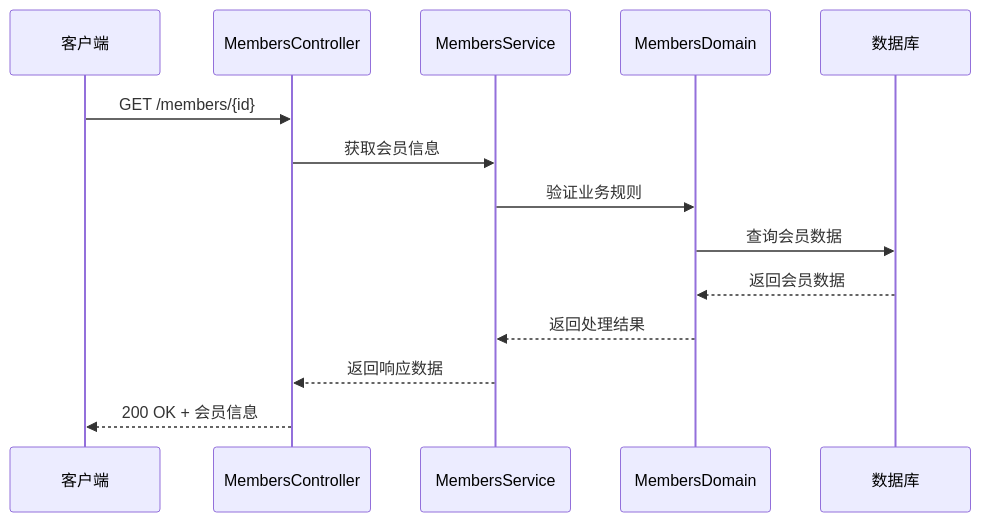
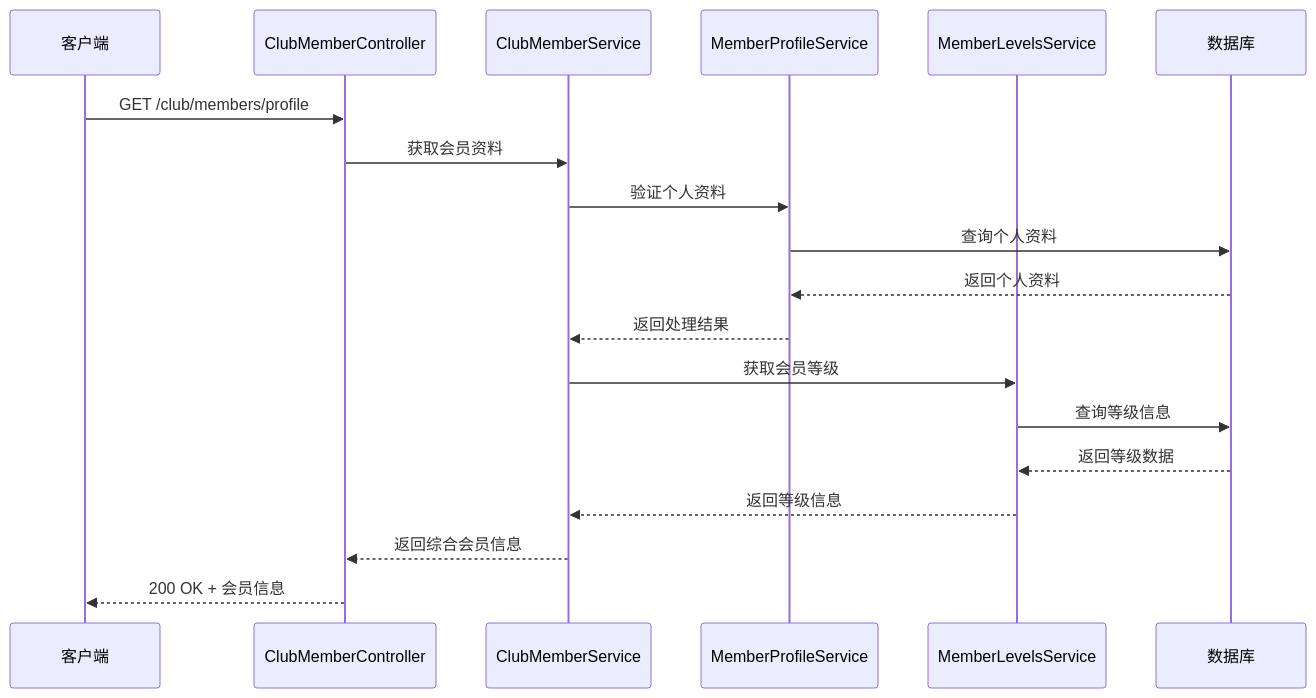
Before and after one commit to rc558620/purelyprofit-server: the third of 13 diagrams in .qoder/repowiki/zh/content/业务模块/会员管理模块/会员管理模块.md, drawn with Mermaid. The commit also changed other lines of this file and 320 other files, not shown here.

````diff
--- a/.qoder/repowiki/zh/content/业务模块/会员管理模块/会员管理模块.md
+++ b/.qoder/repowiki/zh/content/业务模块/会员管理模块/会员管理模块.md
@@ -186,16 +262,21 @@
 ```mermaid
 sequenceDiagram
 participant Client as 客户端
-participant Controller as MembersController
-participant Service as MembersService
-participant Domain as MembersDomain
+participant Controller1 as ClubMemberController
+participant Service1 as ClubMemberService
+participant Profile as MemberProfileService
+participant Level as MemberLevelsService
 participant DB as 数据库
-Client->>Controller : GET /members/{id}
-Controller->>Service : 获取会员信息
-Service->>Domain : 验证业务规则
-Domain->>DB : 查询会员数据
-DB-->>Domain : 返回会员数据
-Domain-->>Service : 返回处理结果
-Service-->>Controller : 返回响应数据
-Controller-->>Client : 200 OK + 会员信息
+Client->>Controller1 : GET /club/members/profile
+Controller1->>Service1 : 获取会员资料
+Service1->>Profile : 验证个人资料
+Profile->>DB : 查询个人资料
+DB-->>Profile : 返回个人资料
+Profile-->>Service1 : 返回处理结果
+Service1->>Level : 获取会员等级
+Level->>DB : 查询等级信息
+DB-->>Level : 返回等级数据
+Level-->>Service1 : 返回等级信息
+Service1-->>Controller1 : 返回综合会员信息
+Controller1-->>Client : 200 OK + 会员信息
 ```
````
